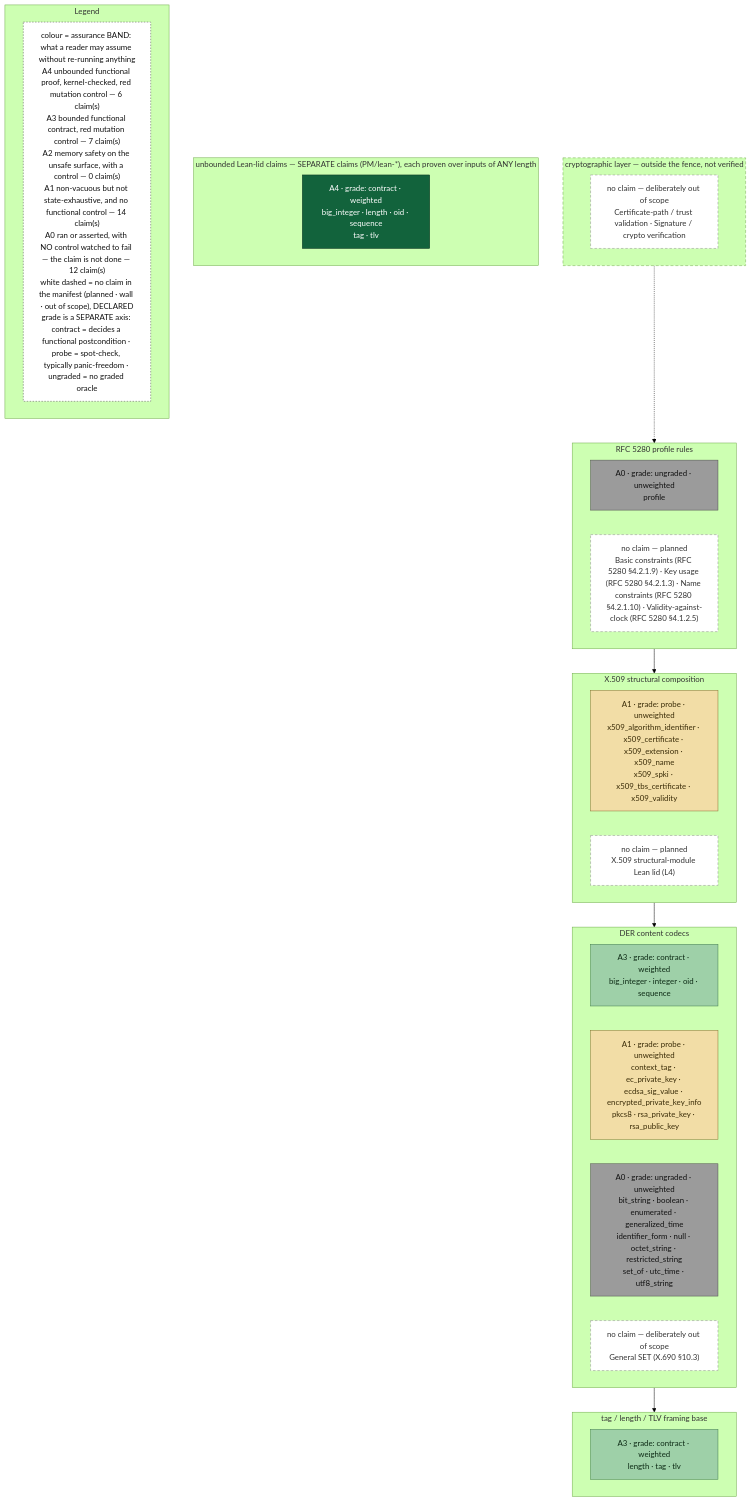
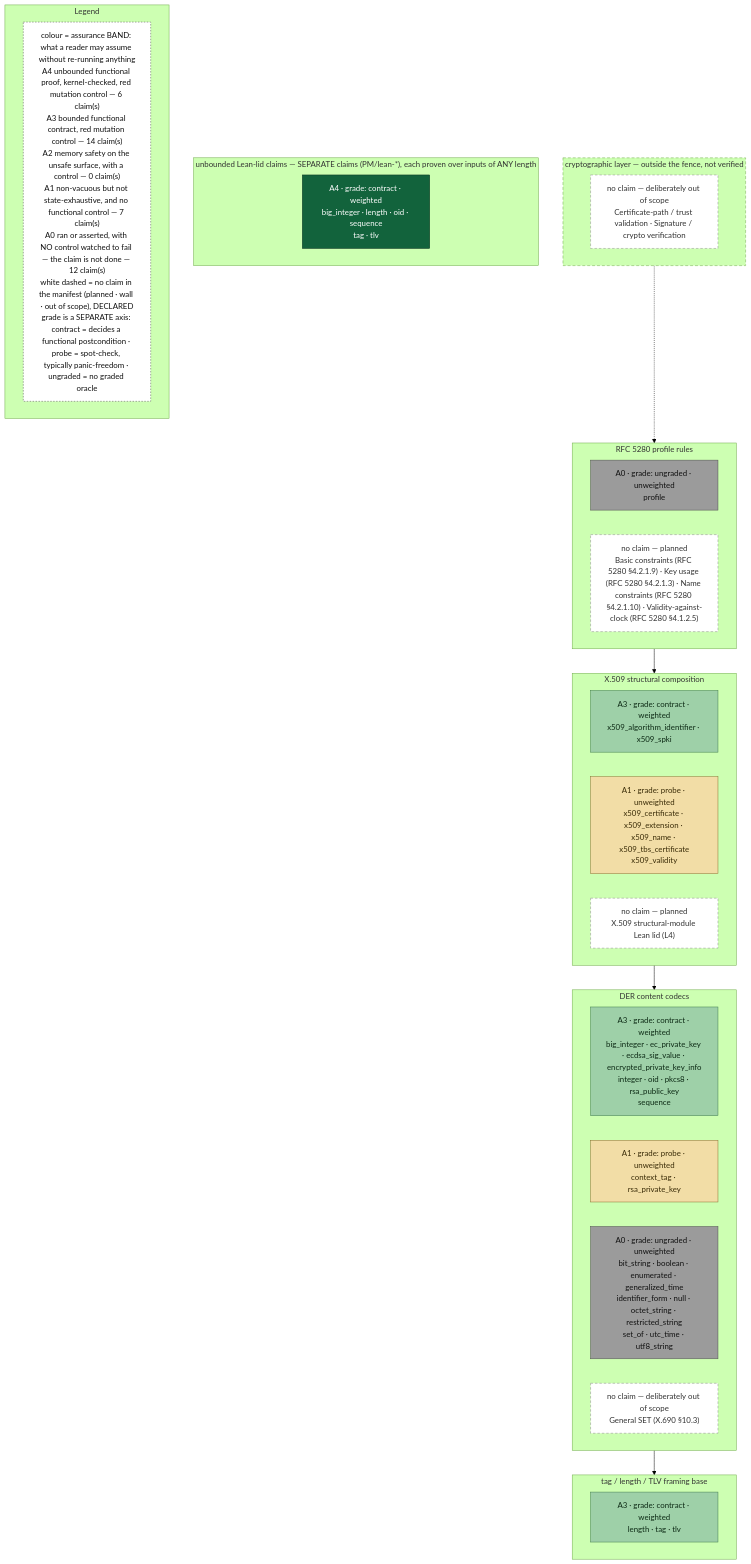
Before and after one commit to ivmat/rs-verified-der: the diagram in README.md, drawn with Mermaid (forest theme). The commit also changed other lines of this file and 581 other files, not shown here.

````diff
--- a/README.md
+++ b/README.md
@@ -66,48 +66,49 @@
 ```mermaid
 flowchart TB
     classDef a4 fill:#12633c,stroke:#08301d,color:#ffffff
     classDef a3_5 fill:#5fa877,stroke:#2f6146,color:#ffffff
     classDef a3 fill:#9ed0a8,stroke:#3f7a4c,color:#0d2a15
     classDef a2 fill:#d99b1c,stroke:#6f4f0c,color:#241a04
     classDef a1 fill:#f2dda6,stroke:#8a6d2f,color:#3a2c08
     classDef a0 fill:#9b9b9b,stroke:#4d4d4d,color:#111111
     classDef unrated fill:#ffffff,stroke:#4d4d4d,stroke-dasharray: 3 3,color:#111111
     classDef noclaim fill:#ffffff,stroke:#8a8a8a,stroke-dasharray: 5 4,color:#333333
 
     subgraph crypto_layer["cryptographic layer — outside the fence, not verified"]
         direction LR
         style crypto_layer stroke-dasharray: 6 4
         crypto_out_of_scope["no claim — deliberately out of scope<br/>Certificate-path / trust validation · Signature / crypto verification"]:::noclaim
     end
     subgraph profile_layer["RFC 5280 profile rules"]
         direction LR
         profile_a0_ungraded_unweighted["A0 · grade: ungraded · unweighted<br/>profile"]:::a0
         profile_planned["no claim — planned<br/>Basic constraints (RFC 5280 §4.2.1.9) · Key usage (RFC 5280 §4.2.1.3) · Name constraints (RFC 5280 §4.2.1.10) · Validity-against-clock (RFC 5280 §4.1.2.5)"]:::noclaim
     end
     subgraph structural_layer["X.509 structural composition"]
         direction LR
-        structural_a1_probe_unweighted["A1 · grade: probe · unweighted<br/>x509_algorithm_identifier · x509_certificate · x509_extension · x509_name<br/>x509_spki · x509_tbs_certificate · x509_validity"]:::a1
+        structural_a3_contract_weighted["A3 · grade: contract · weighted<br/>x509_algorithm_identifier · x509_spki"]:::a3
+        structural_a1_probe_unweighted["A1 · grade: probe · unweighted<br/>x509_certificate · x509_extension · x509_name · x509_tbs_certificate<br/>x509_validity"]:::a1
         structural_planned["no claim — planned<br/>X.509 structural-module Lean lid (L4)"]:::noclaim
     end
     subgraph codecs_layer["DER content codecs"]
         direction LR
-        codecs_a3_contract_weighted["A3 · grade: contract · weighted<br/>big_integer · integer · oid · sequence"]:::a3
-        codecs_a1_probe_unweighted["A1 · grade: probe · unweighted<br/>context_tag · ec_private_key · ecdsa_sig_value · encrypted_private_key_info<br/>pkcs8 · rsa_private_key · rsa_public_key"]:::a1
+        codecs_a3_contract_weighted["A3 · grade: contract · weighted<br/>big_integer · ec_private_key · ecdsa_sig_value · encrypted_private_key_info<br/>integer · oid · pkcs8 · rsa_public_key<br/>sequence"]:::a3
+        codecs_a1_probe_unweighted["A1 · grade: probe · unweighted<br/>context_tag · rsa_private_key"]:::a1
         codecs_a0_ungraded_unweighted["A0 · grade: ungraded · unweighted<br/>bit_string · boolean · enumerated · generalized_time<br/>identifier_form · null · octet_string · restricted_string<br/>set_of · utc_time · utf8_string"]:::a0
         codecs_out_of_scope["no claim — deliberately out of scope<br/>General SET (X.690 §10.3)"]:::noclaim
     end
     subgraph framing_layer["tag / length / TLV framing base"]
         direction LR
         framing_a3_contract_weighted["A3 · grade: contract · weighted<br/>length · tag · tlv"]:::a3
     end
     subgraph lid_layer["unbounded Lean-lid claims — SEPARATE claims (PM/lean-*), each proven over inputs of ANY length"]
         direction LR
         lid_a4_contract_weighted["A4 · grade: contract · weighted<br/>big_integer · length · oid · sequence<br/>tag · tlv"]:::a4
     end
 
     crypto_layer -.-> profile_layer --> structural_layer --> codecs_layer --> framing_layer
 
     subgraph legend["Legend"]
-        legend_all["colour = assurance BAND: what a reader may assume without re-running anything<br/>A4 unbounded functional proof, kernel-checked, red mutation control — 6 claim(s)<br/>A3 bounded functional contract, red mutation control — 7 claim(s)<br/>A2 memory safety on the unsafe surface, with a control — 0 claim(s)<br/>A1 non-vacuous but not state-exhaustive, and no functional control — 14 claim(s)<br/>A0 ran or asserted, with NO control watched to fail — the claim is not done — 12 claim(s)<br/>white dashed = no claim in the manifest (planned · wall · out of scope), DECLARED<br/>grade is a SEPARATE axis: contract = decides a functional postcondition · probe = spot-check, typically panic-freedom · ungraded = no graded oracle"]:::unrated
+        legend_all["colour = assurance BAND: what a reader may assume without re-running anything<br/>A4 unbounded functional proof, kernel-checked, red mutation control — 6 claim(s)<br/>A3 bounded functional contract, red mutation control — 14 claim(s)<br/>A2 memory safety on the unsafe surface, with a control — 0 claim(s)<br/>A1 non-vacuous but not state-exhaustive, and no functional control — 7 claim(s)<br/>A0 ran or asserted, with NO control watched to fail — the claim is not done — 12 claim(s)<br/>white dashed = no claim in the manifest (planned · wall · out of scope), DECLARED<br/>grade is a SEPARATE axis: contract = decides a functional postcondition · probe = spot-check, typically panic-freedom · ungraded = no graded oracle"]:::unrated
     end
 ```
````
